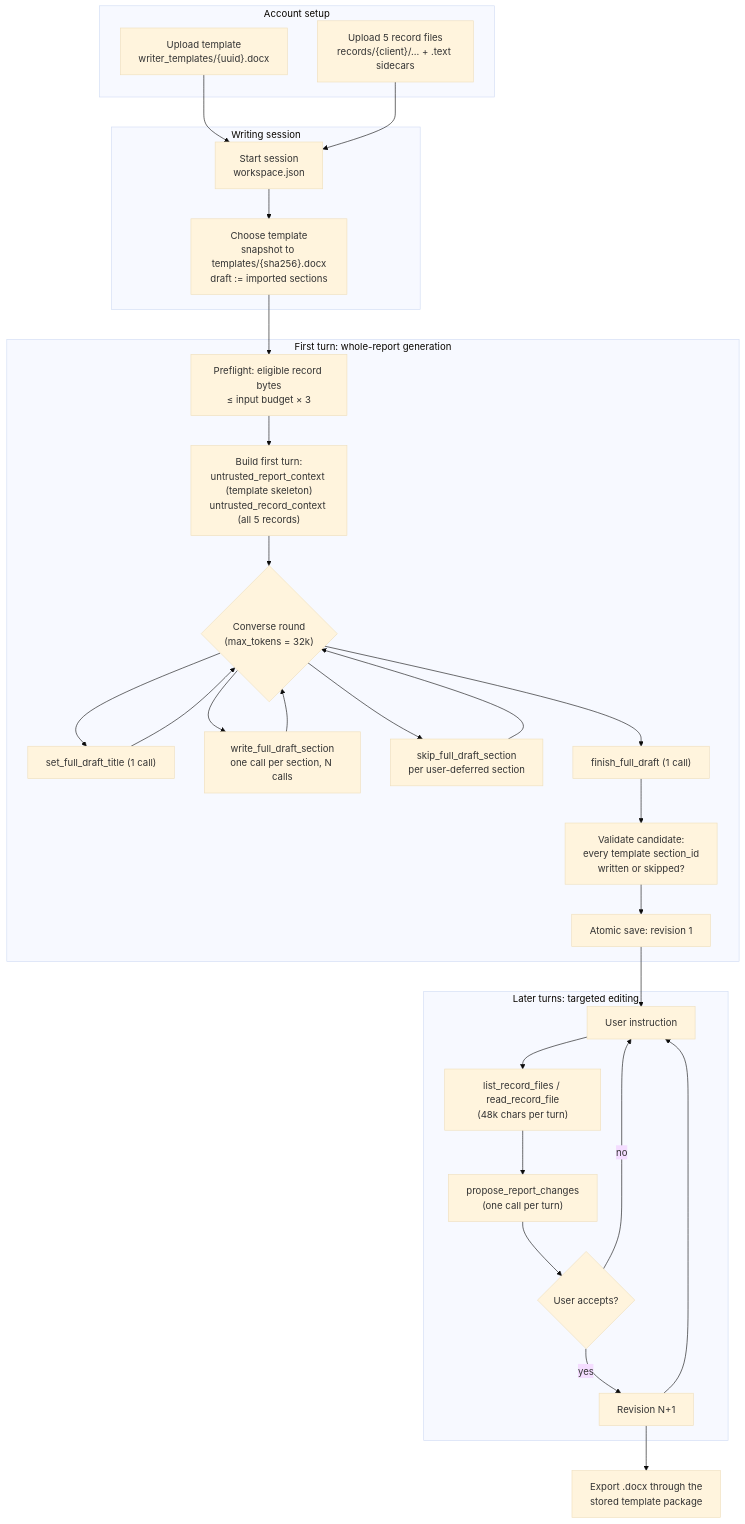
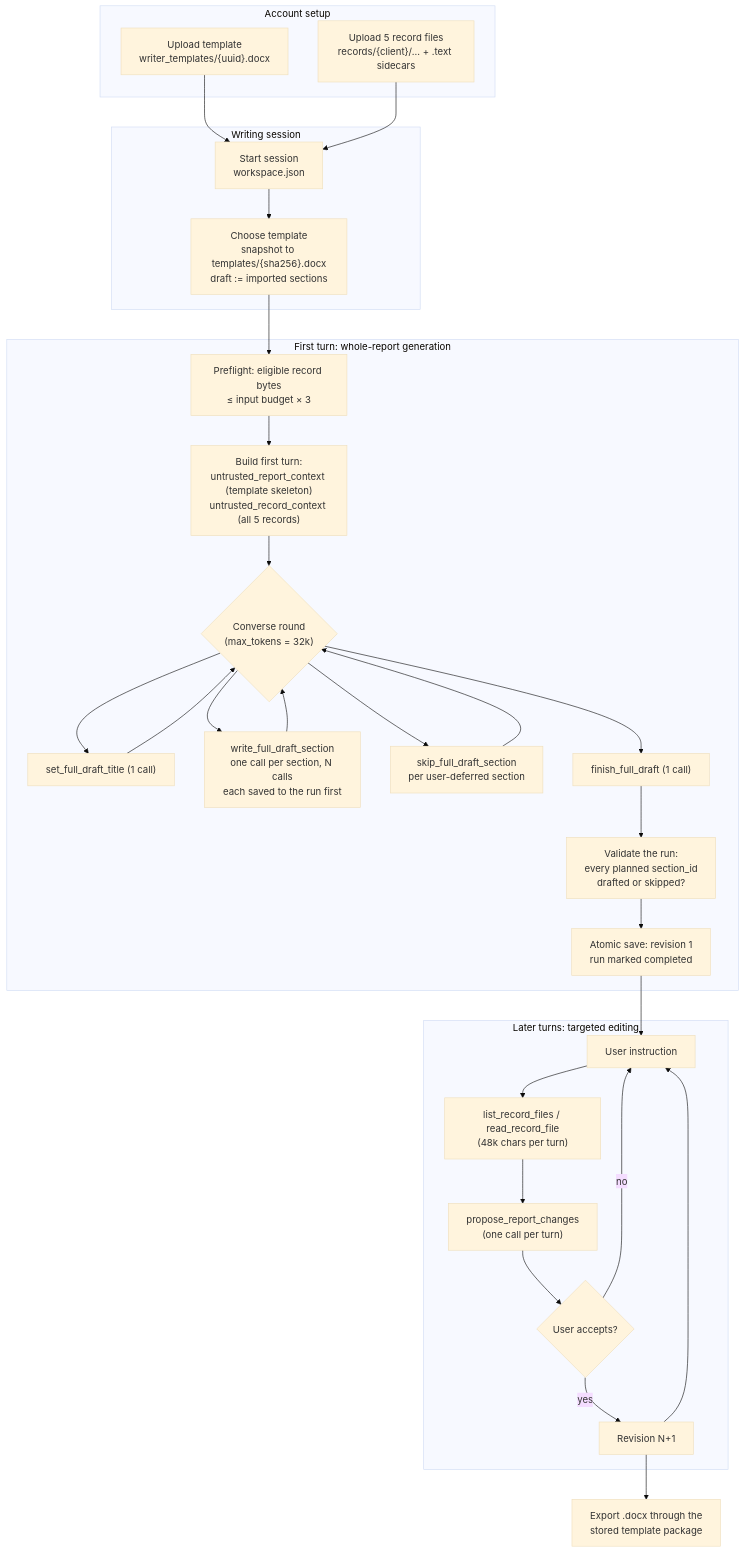
The diagram in design/writer.md (claria-ai/claria), drawn with Mermaid (base theme) before and after one commit. The commit also changed other lines of this file and 11 other files, not shown here.

````diff
--- a/design/writer.md
+++ b/design/writer.md
@@ -60,46 +67,46 @@
 ```mermaid
 flowchart TD
     subgraph Account["Account setup"]
         T["Upload template<br/>writer_templates/{uuid}.docx"]
         R["Upload 5 record files<br/>records/{client}/... + .text sidecars"]
     end
 
     subgraph Session["Writing session"]
         S["Start session<br/>workspace.json"]
         C["Choose template<br/>snapshot to templates/{sha256}.docx<br/>draft := imported sections"]
     end
 
     subgraph Hydrate["First turn: whole-report generation"]
         P["Preflight: eligible record bytes<br/>&le; input budget &times; 3"]
         X["Build first turn:<br/>untrusted_report_context (template skeleton)<br/>untrusted_record_context (all 5 records)"]
         L{"Converse round<br/>(max_tokens = 32k)"}
         TT["set_full_draft_title (1 call)"]
-        W["write_full_draft_section<br/>one call per section, N calls"]
+        W["write_full_draft_section<br/>one call per section, N calls<br/>each saved to the run first"]
         SK["skip_full_draft_section<br/>per user-deferred section"]
         F["finish_full_draft (1 call)"]
-        V["Validate candidate:<br/>every template section_id<br/>written or skipped?"]
-        REV["Atomic save: revision 1"]
+        V["Validate the run:<br/>every planned section_id<br/>drafted or skipped?"]
+        REV["Atomic save: revision 1<br/>run marked completed"]
     end
 
     subgraph Interactive["Later turns: targeted editing"]
         I["User instruction"]
         RD["list_record_files / read_record_file<br/>(48k chars per turn)"]
         PR["propose_report_changes<br/>(one call per turn)"]
         ACC{"User accepts?"}
         REVN["Revision N+1"]
     end
 
     E["Export .docx through the<br/>stored template package"]
 
     T --> S
     R --> S
     S --> C --> P --> X --> L
     L --> TT --> L
     L --> W --> L
     L --> SK --> L
     L --> F --> V --> REV
     REV --> I --> RD --> PR --> ACC
     ACC -- yes --> REVN --> I
     ACC -- no --> I
     REVN --> E
 ```
````
